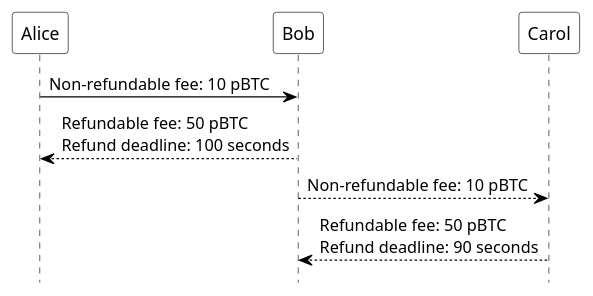
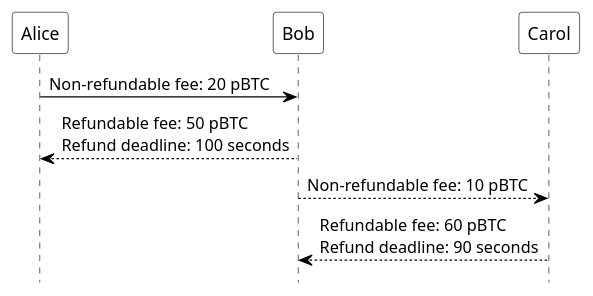
The diagram in img/posts/2020-11-bi-directional-upfront.plantuml (bitcoinops/bitcoinops.github.io), drawn with PlantUML before and after one commit. The commit also changed 1 other file, not shown here.

Commit message:
Newsletter 122: increase forward fee (suggestion by joostjager, thanks!)

```diff
--- a/img/posts/2020-11-bi-directional-upfront.plantuml
+++ b/img/posts/2020-11-bi-directional-upfront.plantuml
@@ -1,20 +1,20 @@
 @startuml
 skinparam sequence {
   ArrowColor black
   ActorBorderColor black
   LifeLineBorderColor black
   LifeLineBackgroundColor black
 
   ParticipantBorderColor black
   ParticipantBackgroundColor transparent
   ParticipantFontColor black
 }
 
 hide footbox
 
-Alice -> Bob: Non-refundable fee: 10 pBTC
+Alice -> Bob: Non-refundable fee: 20 pBTC
 Bob --> Alice: Refundable fee: 50 pBTC\nRefund deadline: 100 seconds
 
 Bob --> Carol: Non-refundable fee: 10 pBTC
-Carol --> Bob: Refundable fee: 50 pBTC\nRefund deadline: 90 seconds
+Carol --> Bob: Refundable fee: 60 pBTC\nRefund deadline: 90 seconds
 @enduml
```
